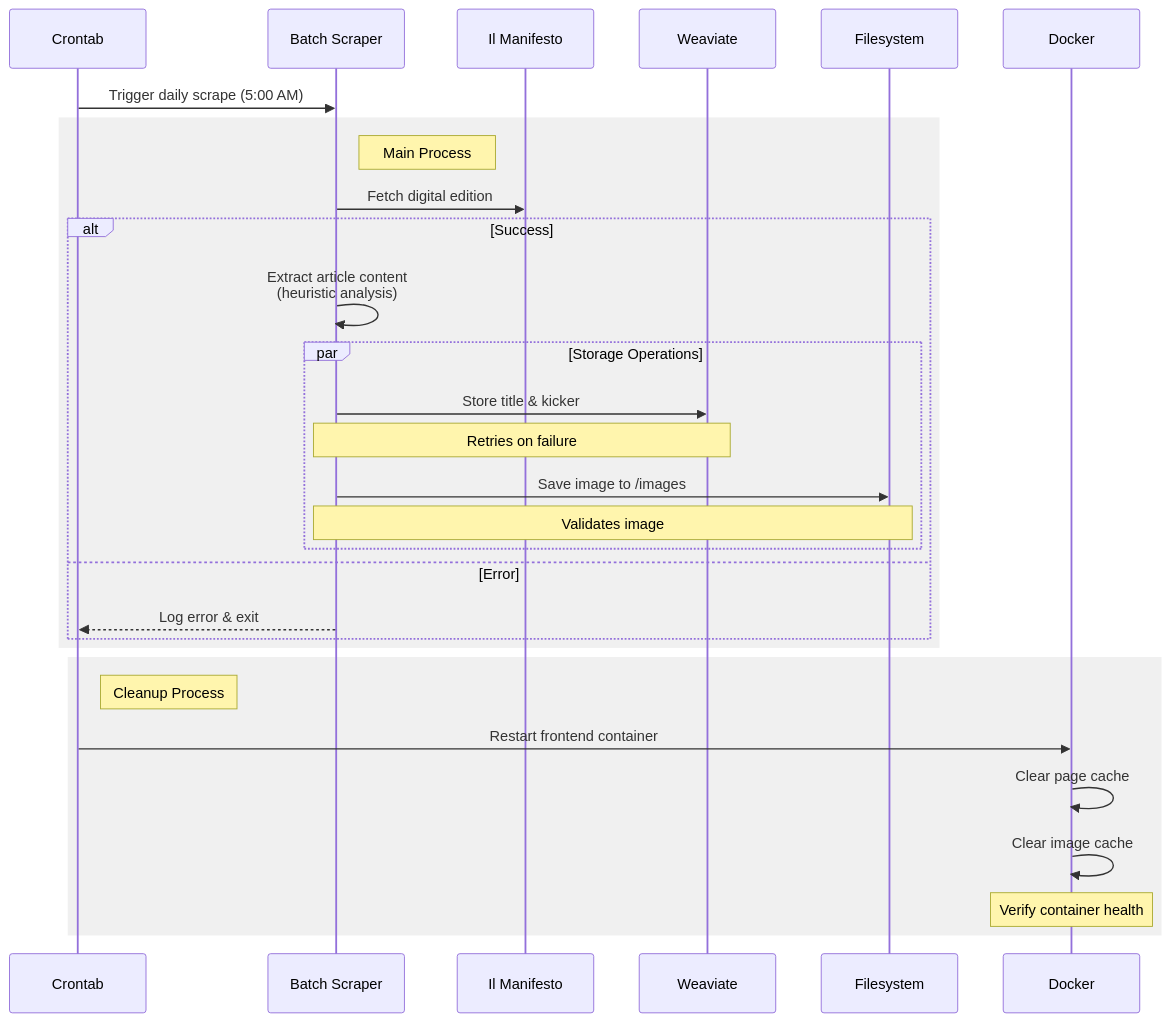
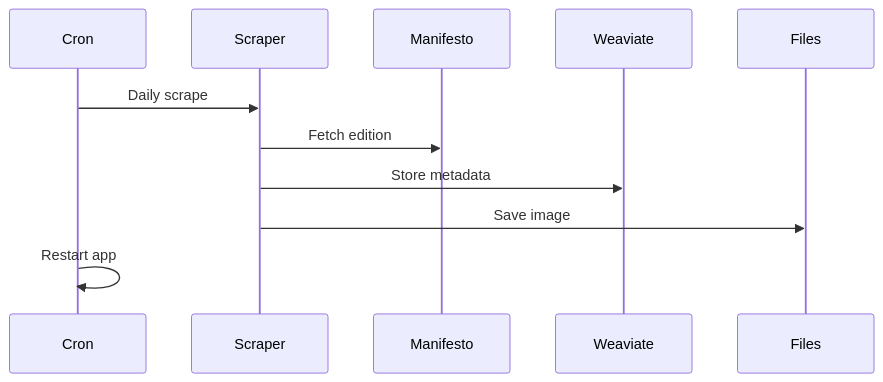
Before and after one commit to Isagog/copertinefull: the second of 2 diagrams in README.md, drawn with Mermaid. The commit also changed other lines of this file, not shown here.

Commit message:
trying to fix mermaid charts

````diff
--- a/README.md
+++ b/README.md
@@ -103,35 +72,13 @@
 ```mermaid
 sequenceDiagram
-    participant C as Crontab
-    participant S as Batch Scraper
-    participant IM as Il Manifesto
+    participant C as Cron
+    participant S as Scraper
+    participant IM as Manifesto
     participant W as Weaviate
-    participant FS as Filesystem
-    participant D as Docker
-
-    C->>S: Trigger daily scrape (5:00 AM)
-    
-    rect rgb(240, 240, 240)
-        Note right of S: Main Process
-        S->>IM: Fetch digital edition
-        alt Success
-            S->>S: Extract article content<br/>(heuristic analysis)
-            par Storage Operations
-                S->>W: Store title & kicker
-                Note over S,W: Retries on failure
-                S->>FS: Save image to /images
-                Note over S,FS: Validates image
-            end
-        else Error
-            S-->>C: Log error & exit
-        end
-    end
-
-    rect rgb(240, 240, 240)
-        Note right of C: Cleanup Process
-        C->>D: Restart frontend container
-        D->>D: Clear page cache
-        D->>D: Clear image cache
-        Note over D: Verify container health
-    end
+    participant FS as Files
+    C->>S: Daily scrape
+    S->>IM: Fetch edition
+    S->>W: Store metadata
+    S->>FS: Save image
+    C->>C: Restart app
 ```
````
